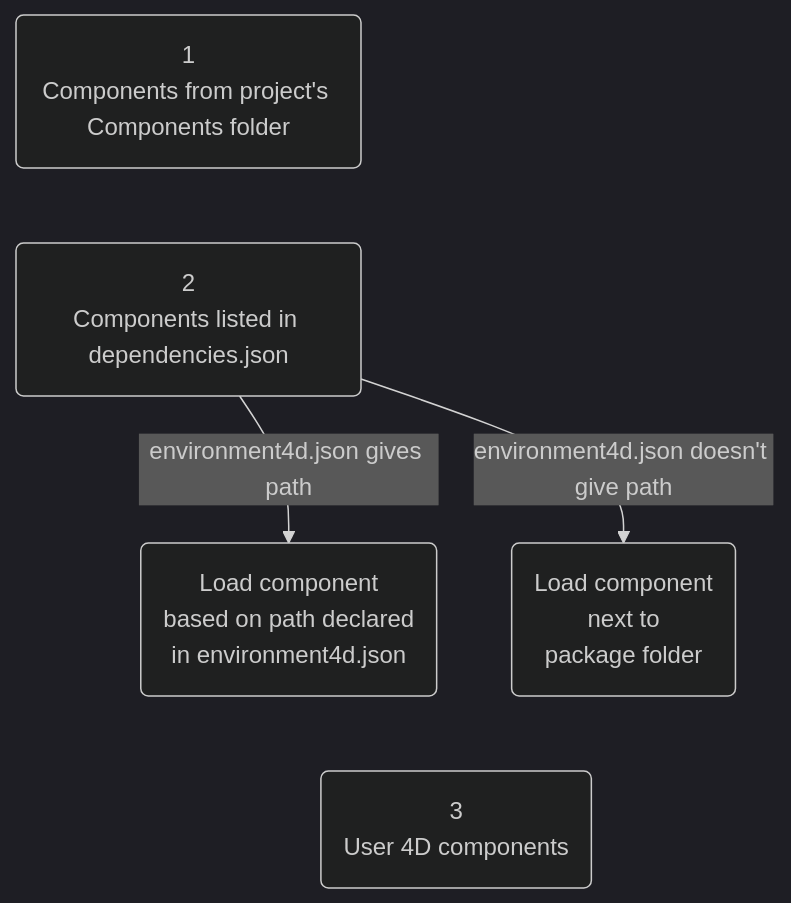
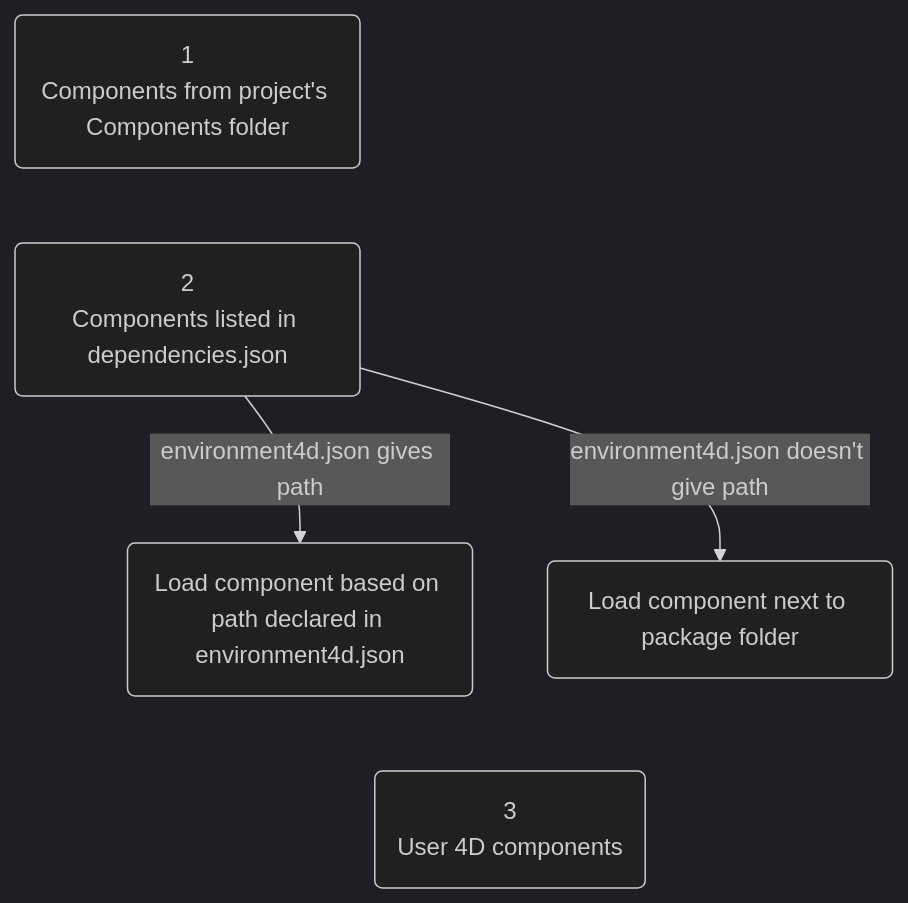
The diagram in i18n/fr/docusaurus-plugin-content-docs/current/Project/components.md (4d/docs), drawn with Mermaid (dark theme) before and after one commit. The commit also changed other lines of this file, not shown here.

Commit message:
New translations components.md (French)

````diff
--- a/i18n/fr/docusaurus-plugin-content-docs/current/Project/components.md
+++ b/i18n/fr/docusaurus-plugin-content-docs/current/Project/components.md
@@ -96,11 +96,13 @@
 ```mermaid
 flowchart TB
-    id1("1\nComponents from project's Components folder")~~~
-    id2("2\nComponents listed in dependencies.json")~~~
-    id2 -- environment4d.json gives path --> id4("Load component\nbased on path declared\nin environment4d.json")
+    id1("1<br/>Components from project's Components folder")
+	~~~
+    id2("2<br/>Components listed in dependencies.json")
+	~~~
+    id2 -- environment4d.json gives path --> id4("Load component based on path declared in environment4d.json")
     ~~~
-    id3("3\nUser 4D components")
-    id2 -- environment4d.json doesn't give path --> id5("Load component\nnext to\npackage folder")
+    id3("3<br/>User 4D components")
+    id2 -- environment4d.json doesn't give path --> id5("Load component next to package folder")
     ~~~
-    id3("3\nUser 4D components")
+    id3("3<br/>User 4D components")
 ```
````
